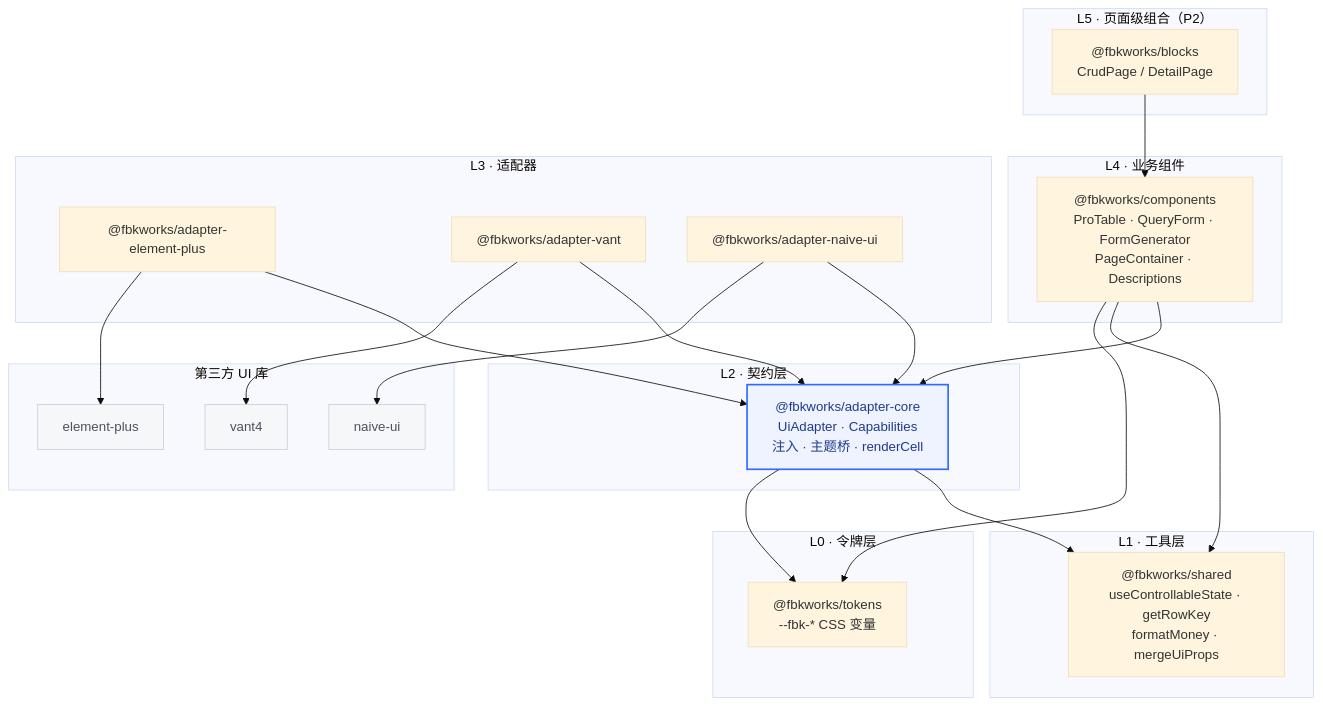
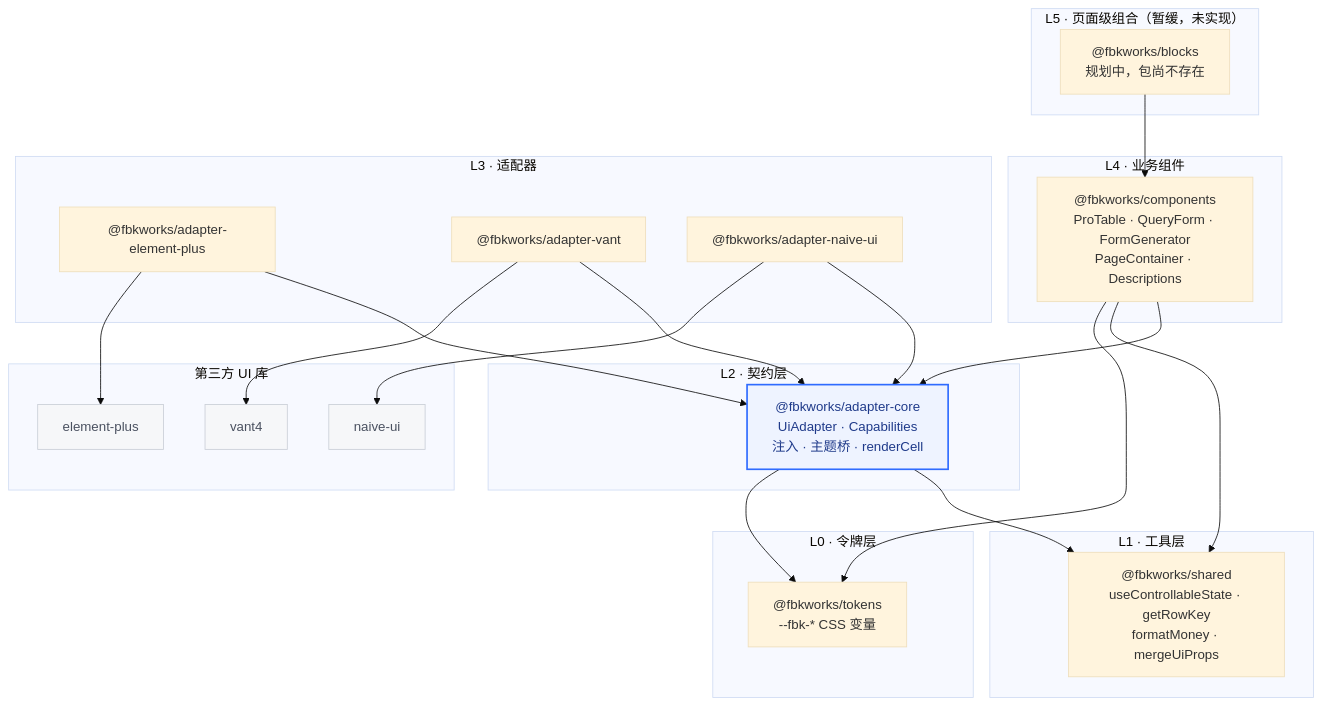
One commit to socalledPF/fbkworks changed the first of 12 diagrams in apps/docs/guide/architecture-diagrams.md. Above: the diagram before and after it, drawn with Mermaid (base theme). The commit also changed other lines of this file and 4 other files, not shown here.

````diff
--- a/apps/docs/guide/architecture-diagrams.md
+++ b/apps/docs/guide/architecture-diagrams.md
@@ -26,52 +26,52 @@
 ```mermaid
 flowchart TB
-  subgraph L5["L5 · 页面级组合（P2）"]
-    blocks["@fbkworks/blocks<br/>CrudPage / DetailPage"]
+  subgraph L5["L5 · 页面级组合（暂缓，未实现）"]
+    blocks["@fbkworks/blocks<br/>规划中，包尚不存在"]
   end
 
   subgraph L4["L4 · 业务组件"]
     components["@fbkworks/components<br/>ProTable · QueryForm · FormGenerator<br/>PageContainer · Descriptions"]
   end
 
   subgraph L3["L3 · 适配器"]
     ep["@fbkworks/adapter-element-plus"]
     vant["@fbkworks/adapter-vant"]
     naive["@fbkworks/adapter-naive-ui"]
   end
 
   subgraph L2["L2 · 契约层"]
     core["@fbkworks/adapter-core<br/>UiAdapter · Capabilities<br/>注入 · 主题桥 · renderCell"]
   end
 
   subgraph L1["L1 · 工具层"]
     shared["@fbkworks/shared<br/>useControllableState · getRowKey<br/>formatMoney · mergeUiProps"]
   end
 
   subgraph L0["L0 · 令牌层"]
     tokens["@fbkworks/tokens<br/>--fbk-* CSS 变量"]
   end
 
   subgraph UI["第三方 UI 库"]
     epLib["element-plus"]
     vantLib["vant4"]
     naiveLib["naive-ui"]
   end
 
   blocks --> components
   components --> core
   components --> shared
   components --> tokens
   core --> shared
   core --> tokens
   ep --> core
   vant --> core
   naive --> core
   ep --> epLib
   vant --> vantLib
   naive --> naiveLib
 
   classDef contract fill:#eef3ff,stroke:#2f6bff,stroke-width:2px,color:#1f3a8a
   classDef third fill:#f6f7f9,stroke:#c9ced6,color:#4a5160
   class core contract
   class epLib,vantLib,naiveLib third
 ```
````
